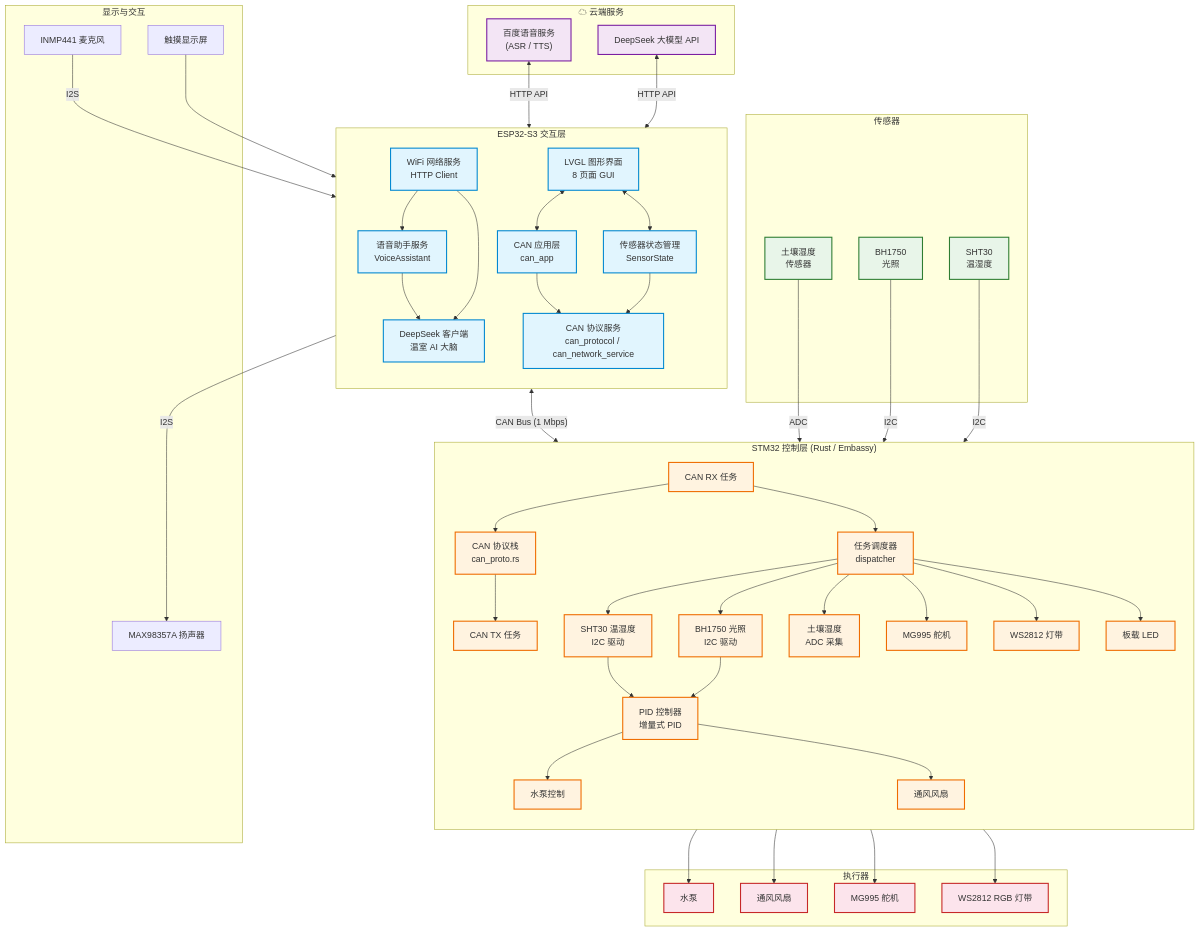
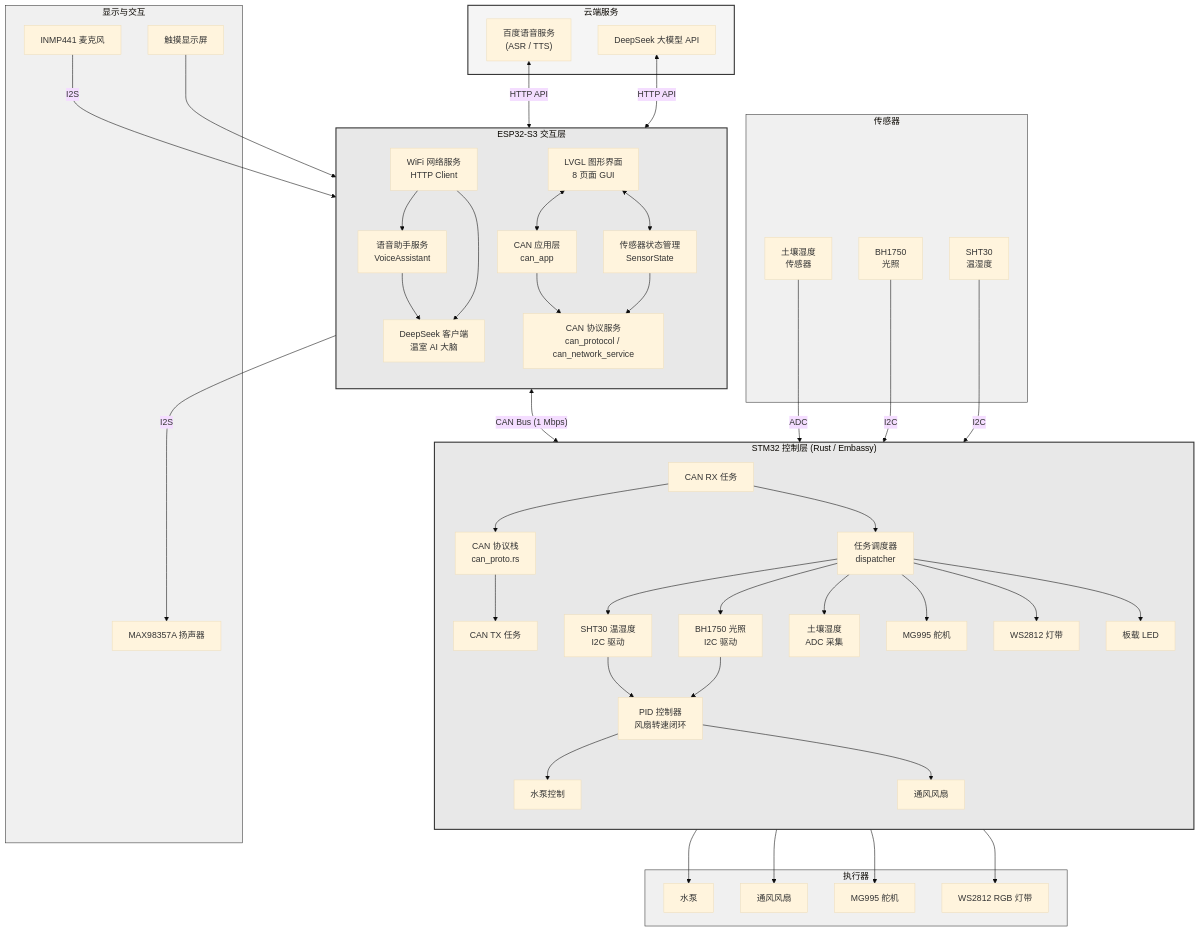
Before and after one commit to yhy-lk/Intelligent_Greenhouse_Document: the diagram in Docs/images/architecture.mmd, drawn with Mermaid. The commit also changed 21 other files, not shown here.

First line of the commit message:
docs: 添加论文章节、图表与参考文献

```diff
--- a/Docs/images/architecture.mmd
+++ b/Docs/images/architecture.mmd
@@ -1,108 +1,104 @@
+%%{init: {'theme': 'base'}}%%
 graph TB
-    subgraph Cloud["☁ 云端服务"]
+    subgraph Cloud["云端服务"]
         DS["DeepSeek 大模型 API"]
         BD["百度语音服务<br/>(ASR / TTS)"]
     end
 
     subgraph ESP32["ESP32-S3 交互层"]
         direction TB
         LVGL["LVGL 图形界面<br/>8 页面 GUI"]
         Voice["语音助手服务<br/>VoiceAssistant"]
         DeepSeek["DeepSeek 客户端<br/>温室 AI 大脑"]
         WiFi["WiFi 网络服务<br/>HTTP Client"]
         SensorState["传感器状态管理<br/>SensorState"]
         CANApp["CAN 应用层<br/>can_app"]
         CANService["CAN 协议服务<br/>can_protocol / can_network_service"]
     end
 
     subgraph STM32["STM32 控制层 (Rust / Embassy)"]
         direction TB
         Dispatcher["任务调度器<br/>dispatcher"]
         SHT30["SHT30 温湿度<br/>I2C 驱动"]
         BH1750["BH1750 光照<br/>I2C 驱动"]
         Soil["土壤湿度<br/>ADC 采集"]
-        PID["PID 控制器<br/>增量式 PID"]
+        PID["PID 控制器<br/>风扇转速闭环"]
         WaterPump["水泵控制"]
         Fan["通风风扇"]
         Servo["MG995 舵机"]
         WS2812["WS2812 灯带"]
         BoardLED["板载 LED"]
         CANProto["CAN 协议栈<br/>can_proto.rs"]
         CANTX["CAN TX 任务"]
         CANRX["CAN RX 任务"]
     end
 
     subgraph Sensors["传感器"]
         SHT30H["SHT30<br/>温湿度"]
         BH1750H["BH1750<br/>光照"]
         SoilH["土壤湿度<br/>传感器"]
     end
 
     subgraph Actuators["执行器"]
         WP["水泵"]
         VF["通风风扇"]
         MG["MG995 舵机"]
         WS["WS2812 RGB 灯带"]
     end
 
     subgraph Display["显示与交互"]
         Screen["触摸显示屏"]
         MIC["INMP441 麦克风"]
         SPK["MAX98357A 扬声器"]
     end
 
     %% Cloud connections
     DS <-->|HTTP API| DeepSeek
     BD <-->|HTTP API| Voice
 
     %% ESP32 internal
     LVGL <--> SensorState
     LVGL <--> CANApp
     Voice --> DeepSeek
     WiFi --> DeepSeek
     WiFi --> Voice
     CANApp --> CANService
     SensorState --> CANService
 
     %% CAN Bus
     CANService <-->|"CAN Bus (1 Mbps)"| CANProto
 
     %% STM32 internal
     CANProto --> CANTX
     CANRX --> CANProto
     CANRX --> Dispatcher
     Dispatcher --> SHT30
     Dispatcher --> BH1750
     Dispatcher --> Soil
     SHT30 --> PID
     BH1750 --> PID
     PID --> WaterPump
     PID --> Fan
     Dispatcher --> Servo
     Dispatcher --> WS2812
     Dispatcher --> BoardLED
 
     %% Hardware connections
     SHT30H -->|I2C| SHT30
     BH1750H -->|I2C| BH1750
     SoilH -->|ADC| Soil
     WaterPump --> WP
     Fan --> VF
     Servo --> MG
     WS2812 --> WS
     Screen --> LVGL
     MIC -->|I2S| Voice
     Voice -->|I2S| SPK
 
-    %% Styles
-    classDef esp32 fill:#e1f5fe,stroke:#0288d1,stroke-width:2px
-    classDef stm32 fill:#fff3e0,stroke:#ef6c00,stroke-width:2px
-    classDef cloud fill:#f3e5f5,stroke:#7b1fa2,stroke-width:2px
-    classDef sensor fill:#e8f5e9,stroke:#2e7d32,stroke-width:2px
-    classDef actuator fill:#fce4ec,stroke:#c62828,stroke-width:2px
-
-    class LVGL,Voice,DeepSeek,WiFi,SensorState,CANApp,CANService esp32
-    class Dispatcher,SHT30,BH1750,Soil,PID,WaterPump,Fan,Servo,WS2812,BoardLED,CANProto,CANTX,CANRX stm32
-    class DS,BD cloud
-    class SHT30H,BH1750H,SoilH sensor
-    class WP,VF,MG,WS actuator
+    %% Styles - grayscale only
+    style Cloud fill:#f5f5f5,stroke:#333,stroke-width:2px
+    style ESP32 fill:#e8e8e8,stroke:#333,stroke-width:2px
+    style STM32 fill:#e8e8e8,stroke:#333,stroke-width:2px
+    style Sensors fill:#f0f0f0,stroke:#333,stroke-width:1px
+    style Actuators fill:#f0f0f0,stroke:#333,stroke-width:1px
+    style Display fill:#f0f0f0,stroke:#333,stroke-width:1px
```
